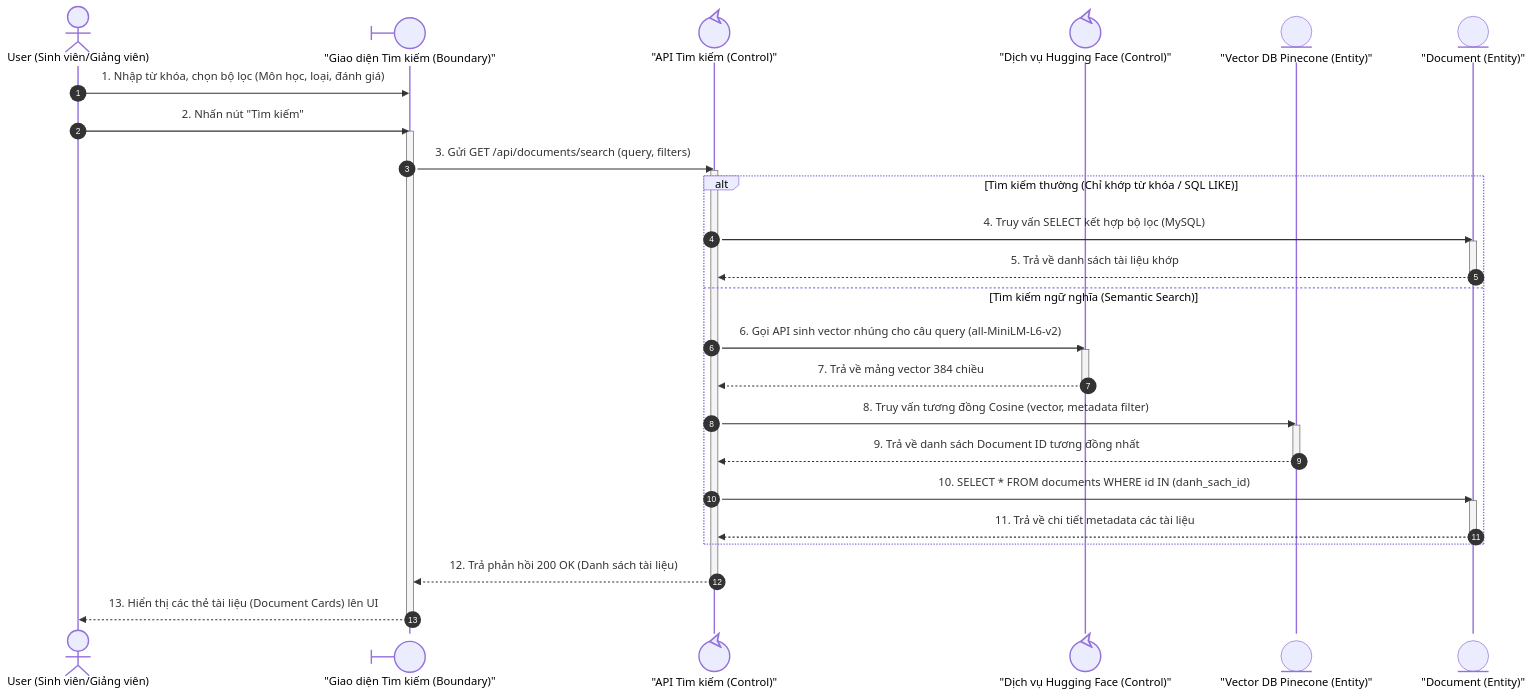
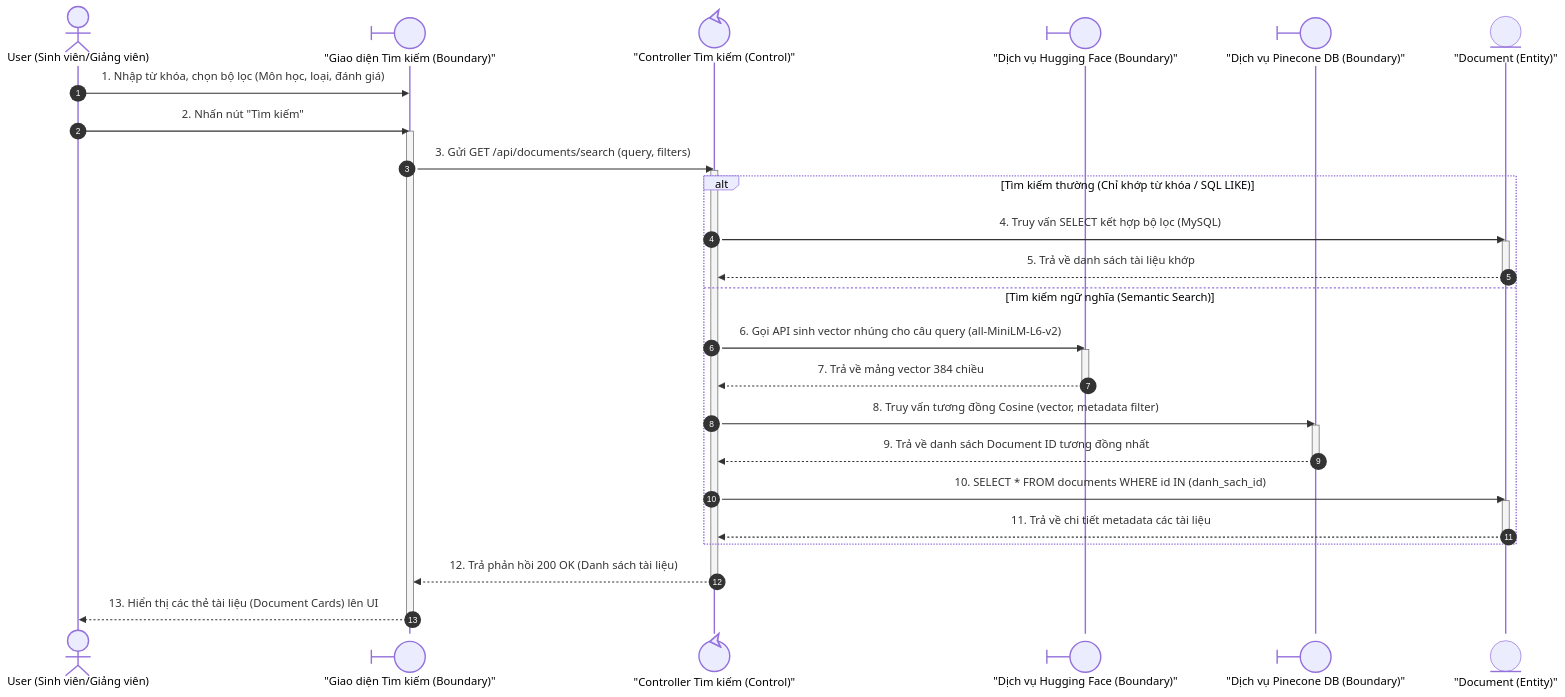
One commit to vietcuong2004/DATN_TLUDOC changed the third of 13 diagrams in Cuong_Documents/BaoVeDoAn/Diagram/SequenceDiagrams.md. Above: the diagram before and after it, drawn with Mermaid. The commit also changed other lines of this file and 11 other files, not shown here.

````diff
--- a/Cuong_Documents/BaoVeDoAn/Diagram/SequenceDiagrams.md
+++ b/Cuong_Documents/BaoVeDoAn/Diagram/SequenceDiagrams.md
@@ -96,41 +96,41 @@
 ```mermaid
 sequenceDiagram
     autonumber
     actor User as User (Sinh viên/Giảng viên)
     participant UI@{ "type": "boundary" } as "Giao diện Tìm kiếm (Boundary)"
-    participant Control@{ "type": "control" } as "API Tìm kiếm (Control)"
-    participant HF@{ "type": "control" } as "Dịch vụ Hugging Face (Control)"
-    participant PC@{ "type": "entity" } as "Vector DB Pinecone (Entity)"
+    participant Control@{ "type": "control" } as "Controller Tìm kiếm (Control)"
+    participant HF@{ "type": "boundary" } as "Dịch vụ Hugging Face (Boundary)"
+    participant PC@{ "type": "boundary" } as "Dịch vụ Pinecone DB (Boundary)"
     participant Entity@{ "type": "entity" } as "Document (Entity)"
 
     User->>UI: 1. Nhập từ khóa, chọn bộ lọc (Môn học, loại, đánh giá)
     User->>UI: 2. Nhấn nút "Tìm kiếm"
     activate UI
     UI->>Control: 3. Gửi GET /api/documents/search (query, filters)
     activate Control
     
     alt Tìm kiếm thường (Chỉ khớp từ khóa / SQL LIKE)
         Control->>Entity: 4. Truy vấn SELECT kết hợp bộ lọc (MySQL)
         activate Entity
         Entity-->>Control: 5. Trả về danh sách tài liệu khớp
         deactivate Entity
     else Tìm kiếm ngữ nghĩa (Semantic Search)
         Control->>HF: 6. Gọi API sinh vector nhúng cho câu query (all-MiniLM-L6-v2)
         activate HF
         HF-->>Control: 7. Trả về mảng vector 384 chiều
         deactivate HF
         Control->>PC: 8. Truy vấn tương đồng Cosine (vector, metadata filter)
         activate PC
         PC-->>Control: 9. Trả về danh sách Document ID tương đồng nhất
         deactivate PC
         Control->>Entity: 10. SELECT * FROM documents WHERE id IN (danh_sach_id)
         activate Entity
         Entity-->>Control: 11. Trả về chi tiết metadata các tài liệu
         deactivate Entity
     end
 
     Control-->>UI: 12. Trả phản hồi 200 OK (Danh sách tài liệu)
     deactivate Control
     UI-->>User: 13. Hiển thị các thẻ tài liệu (Document Cards) lên UI
     deactivate UI
 ```
````
